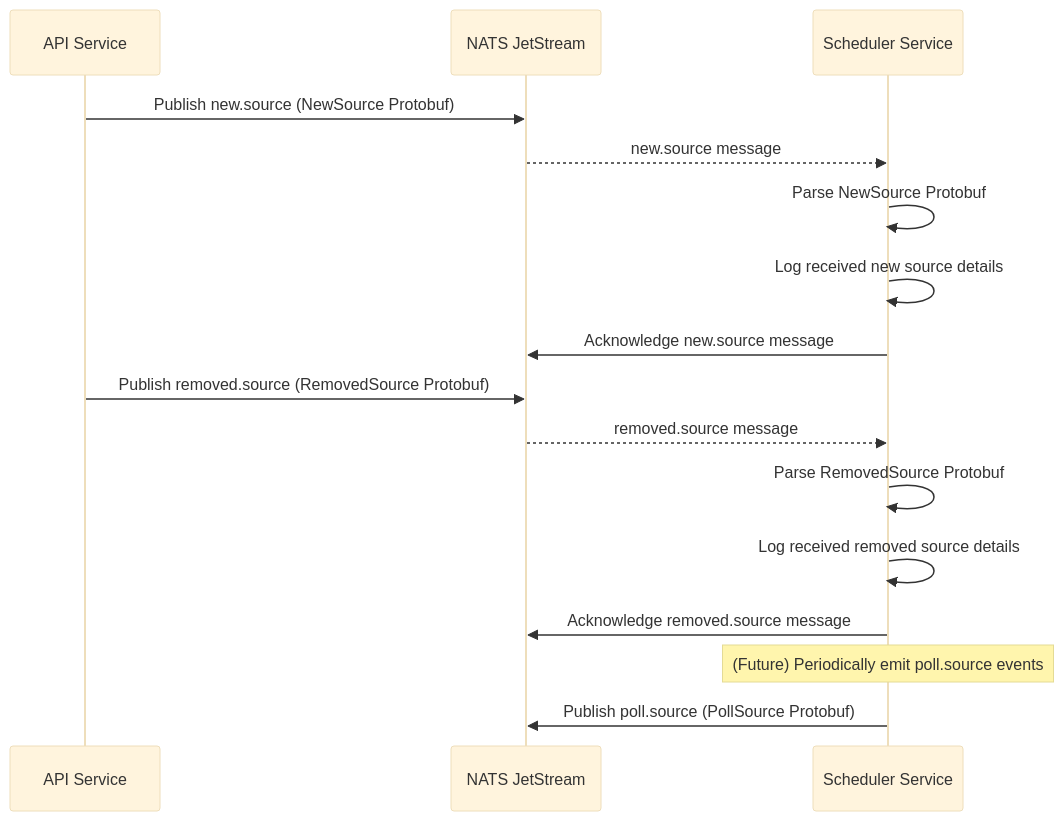
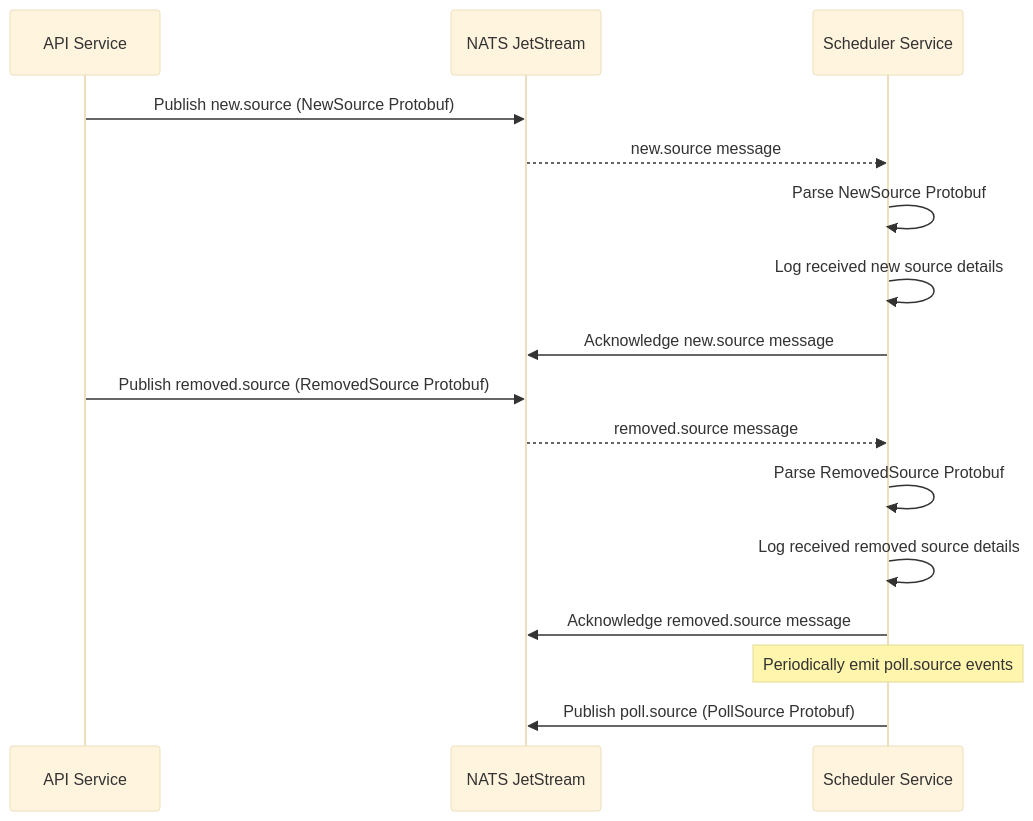
Before and after one commit to gsantopaolo/sentinel-AI: the first of 2 diagrams in docs/scheduler.md, drawn with Mermaid (base theme). The commit also changed other lines of this file and 14 other files, not shown here.

````diff
--- a/docs/scheduler.md
+++ b/docs/scheduler.md
@@ -41,21 +50,21 @@
 ```mermaid
 sequenceDiagram
     participant API as API Service
     participant NATS as NATS JetStream
     participant Scheduler as Scheduler Service
 
     API->>NATS: Publish new.source (NewSource Protobuf)
     NATS-->>Scheduler: new.source message
     Scheduler->>Scheduler: Parse NewSource Protobuf
     Scheduler->>Scheduler: Log received new source details
     Scheduler->>NATS: Acknowledge new.source message
 
     API->>NATS: Publish removed.source (RemovedSource Protobuf)
     NATS-->>Scheduler: removed.source message
     Scheduler->>Scheduler: Parse RemovedSource Protobuf
     Scheduler->>Scheduler: Log received removed source details
     Scheduler->>NATS: Acknowledge removed.source message
 
-    Note over Scheduler: (Future) Periodically emit poll.source events
+    Note over Scheduler: Periodically emit poll.source events
     Scheduler->>NATS: Publish poll.source (PollSource Protobuf)
 ```
````
